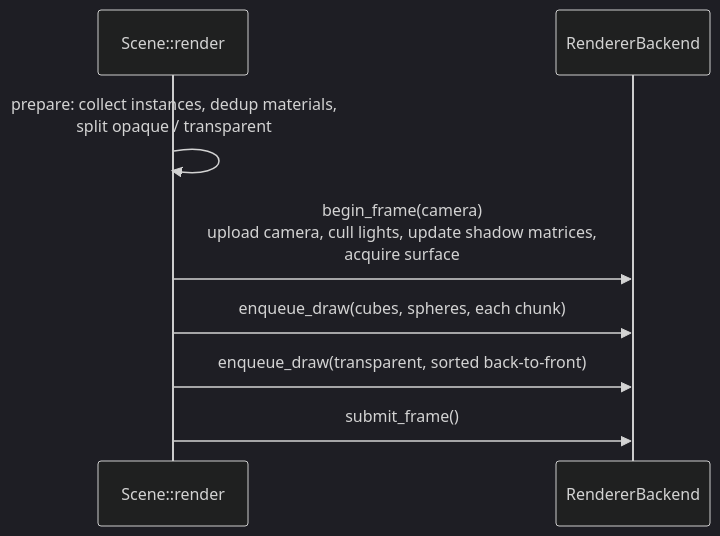
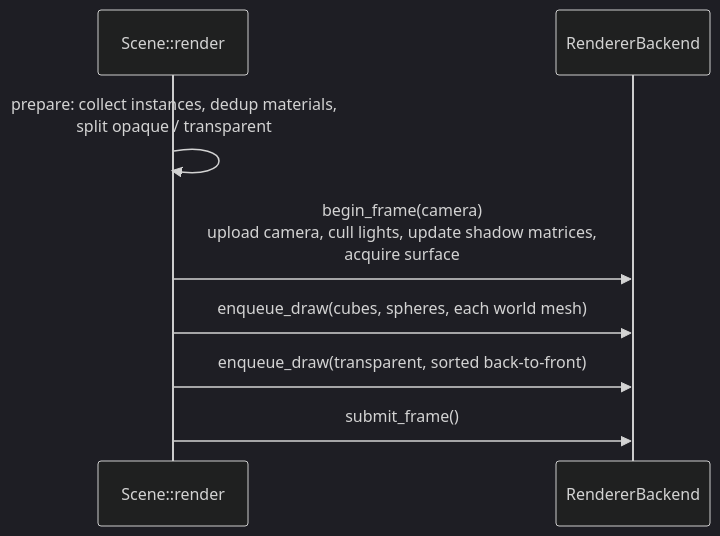
The second of 3 diagrams in wiki/architecture/rendering.md (WrackedFella/moho), drawn with Mermaid (dark theme) before and after one commit. The commit also changed other lines of this file and 3 other files, not shown here.

````diff
--- a/wiki/architecture/rendering.md
+++ b/wiki/architecture/rendering.md
@@ -47,10 +65,10 @@
 ```mermaid
 sequenceDiagram
     participant S as Scene::render
     participant B as RendererBackend
     S->>S: prepare: collect instances, dedup materials,<br/>split opaque / transparent
     S->>B: begin_frame(camera)<br/>upload camera, cull lights, update shadow matrices,<br/>acquire surface
-    S->>B: enqueue_draw(cubes, spheres, each chunk)
+    S->>B: enqueue_draw(cubes, spheres, each world mesh)
     S->>B: enqueue_draw(transparent, sorted back-to-front)
     S->>B: submit_frame()
 ```
````
